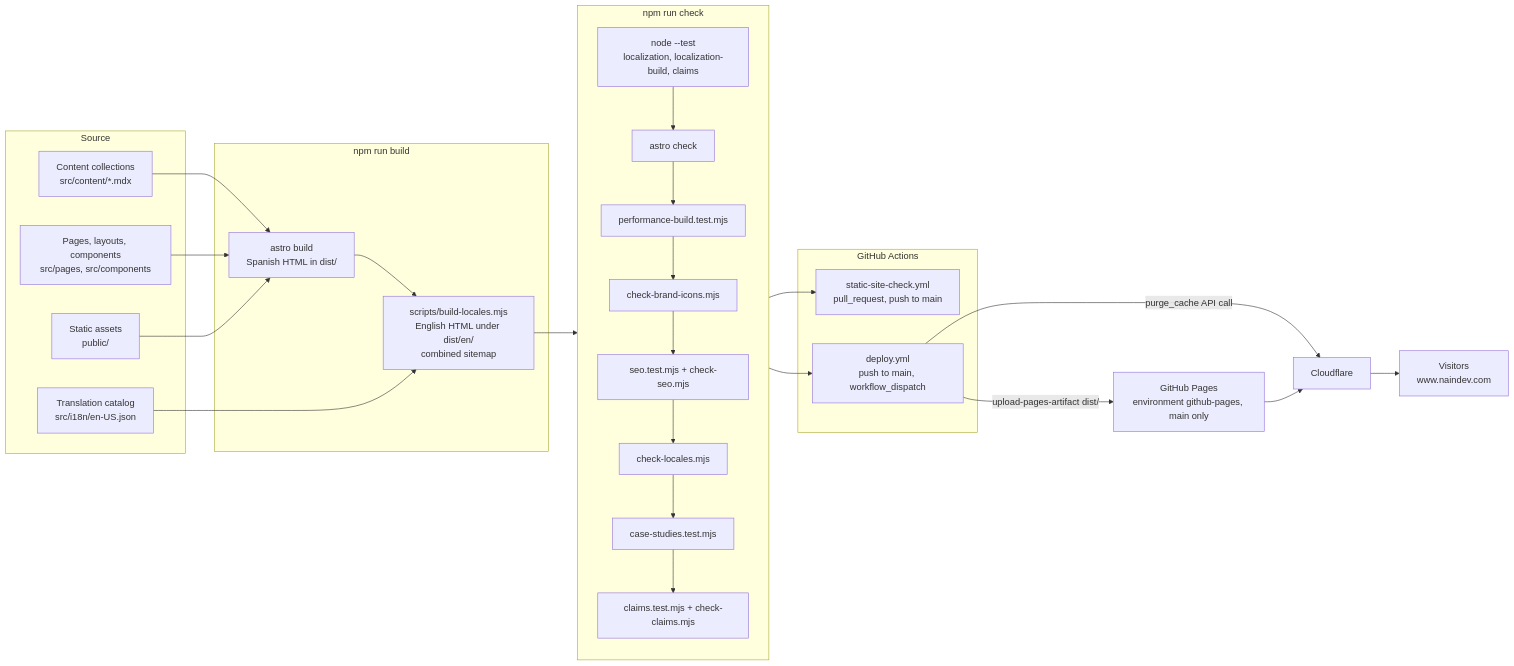
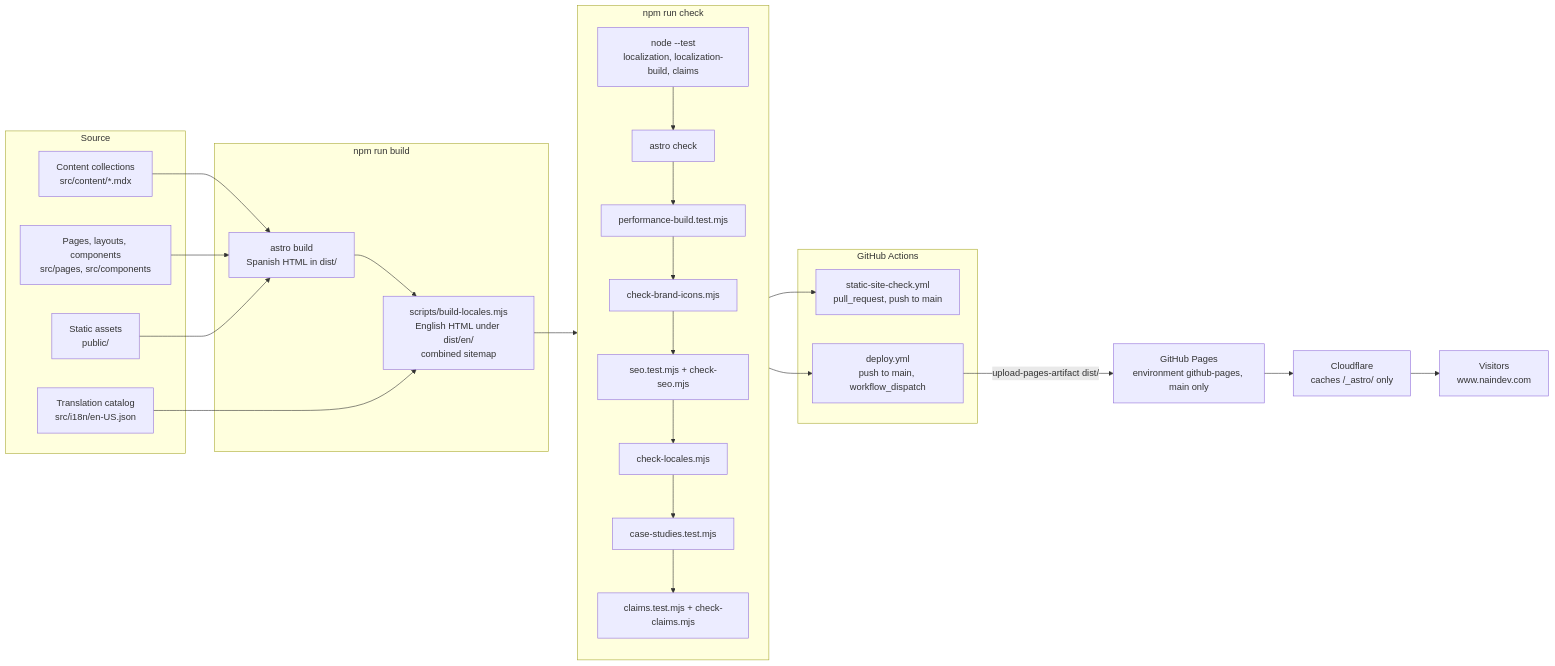
One commit to Nain9Dev/nain9dev.github.io changed the diagram in docs/20-architecture.md. Above: the diagram before and after it, drawn with Mermaid. The commit also changed other lines of this file and 11 other files, not shown here.

First line of the commit message:
ci(deploy): remove the Cloudflare cache purge step

````diff
--- a/docs/20-architecture.md
+++ b/docs/20-architecture.md
@@ -25,44 +25,43 @@
 ```mermaid
 flowchart LR
     subgraph Source
         MDX[Content collections<br/>src/content/*.mdx]
         ASTRO[Pages, layouts, components<br/>src/pages, src/components]
         CAT[Translation catalog<br/>src/i18n/en-US.json]
         PUB[Static assets<br/>public/]
     end
 
     subgraph Build["npm run build"]
         AB[astro build<br/>Spanish HTML in dist/]
         BL[scripts/build-locales.mjs<br/>English HTML under dist/en/<br/>combined sitemap]
     end
 
     subgraph Check["npm run check"]
         UT[node --test<br/>localization, localization-build, claims]
         AC[astro check]
         BI[check-brand-icons.mjs]
         SEO[seo.test.mjs + check-seo.mjs]
         LC[check-locales.mjs]
         CS[case-studies.test.mjs]
         CC[claims.test.mjs + check-claims.mjs]
         PF[performance-build.test.mjs]
     end
 
     subgraph CI["GitHub Actions"]
         SSC[static-site-check.yml<br/>pull_request, push to main]
         DEP[deploy.yml<br/>push to main, workflow_dispatch]
     end
 
     MDX --> AB
     ASTRO --> AB
     PUB --> AB
     AB --> BL
     CAT --> BL
     BL --> Check
     UT --> AC --> PF --> BI --> SEO --> LC --> CS --> CC
     Check --> SSC
     Check --> DEP
     DEP -->|upload-pages-artifact dist/| GHP[GitHub Pages<br/>environment github-pages, main only]
-    DEP -->|purge_cache API call| CF[Cloudflare]
-    GHP --> CF
+    GHP --> CF[Cloudflare<br/>caches /_astro/ only]
     CF --> USER[Visitors<br/>www.naindev.com]
 ```
````
